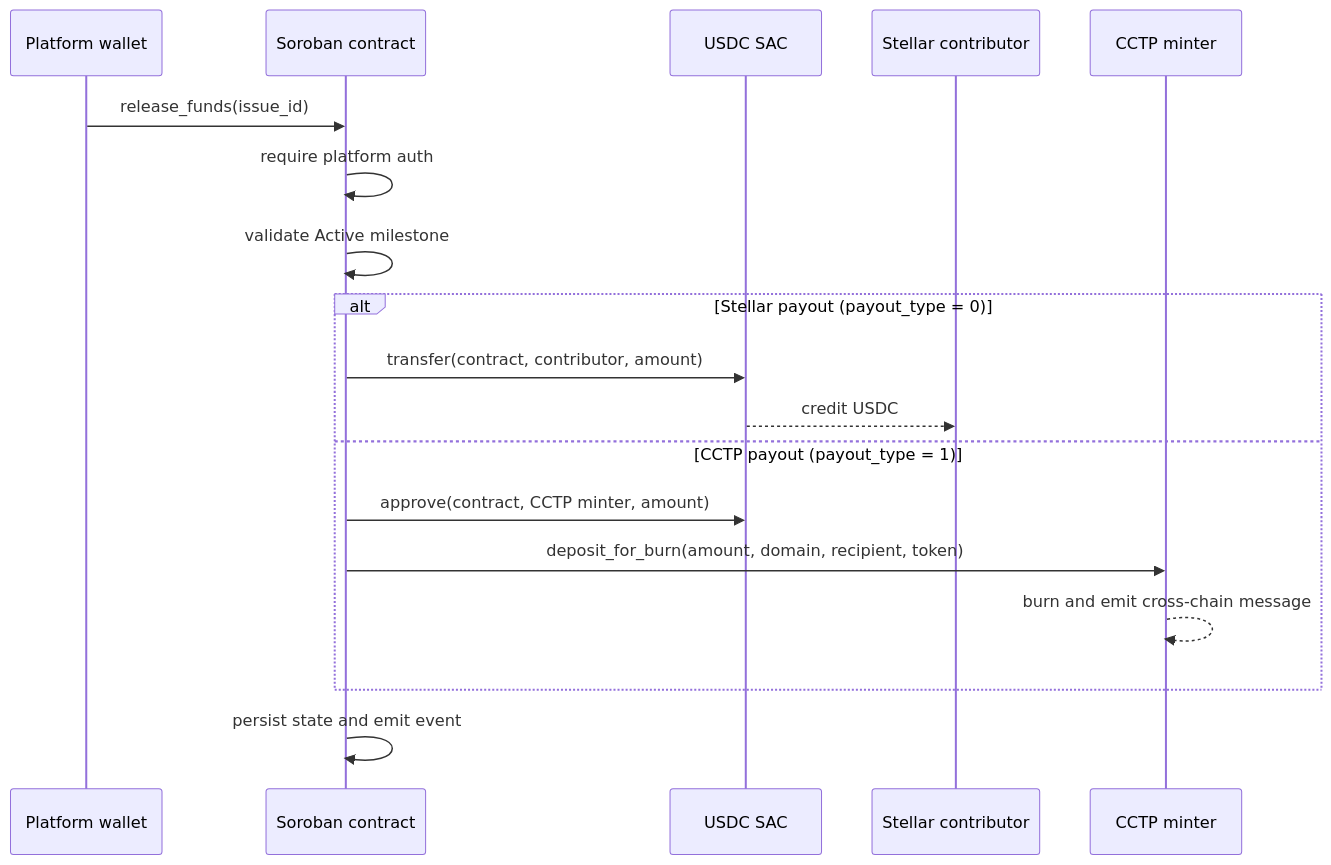
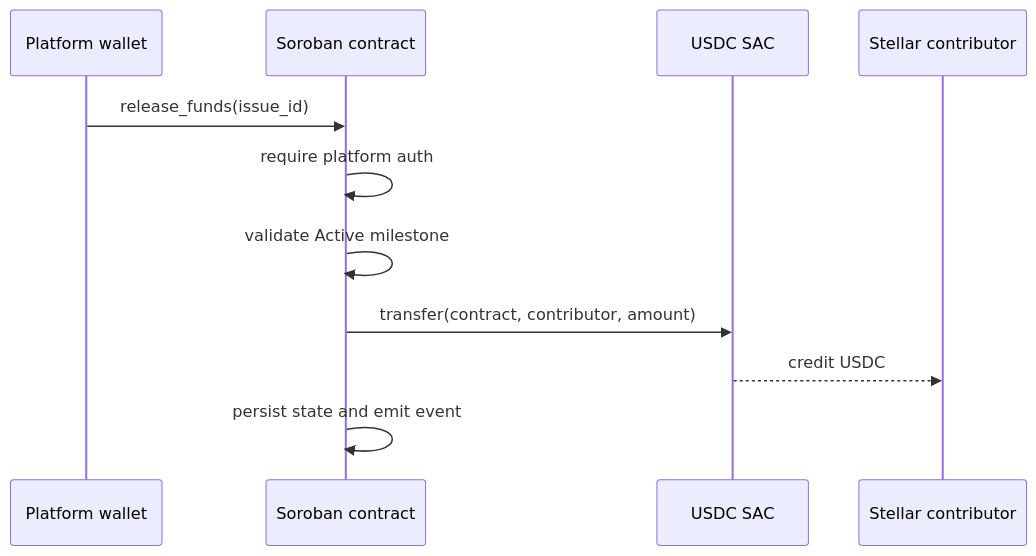
Before and after one commit to Trustless-OSS/Toss-Contract: the fourth of 4 diagrams in docs/arch.md, drawn with Mermaid. The commit also changed other lines of this file and 7 other files, not shown here.

Commit message:
refactor: remove CCTP support and simplify PayoutTarget structure

````diff
--- a/docs/arch.md
+++ b/docs/arch.md
@@ -116,21 +112,14 @@
 ```mermaid
 sequenceDiagram
     participant W as Platform wallet
     participant C as Soroban contract
     participant T as USDC SAC
     participant S as Stellar contributor
-    participant X as CCTP minter
 
     W->>C: release_funds(issue_id)
     C->>C: require platform auth
     C->>C: validate Active milestone
-    alt Stellar payout (payout_type = 0)
-        C->>T: transfer(contract, contributor, amount)
-        T-->>S: credit USDC
-    else CCTP payout (payout_type = 1)
-        C->>T: approve(contract, CCTP minter, amount)
-        C->>X: deposit_for_burn(amount, domain, recipient, token)
-        X-->>X: burn and emit cross-chain message
-    end
+    C->>T: transfer(contract, contributor, amount)
+    T-->>S: credit USDC
     C->>C: persist state and emit event
 ```
````
